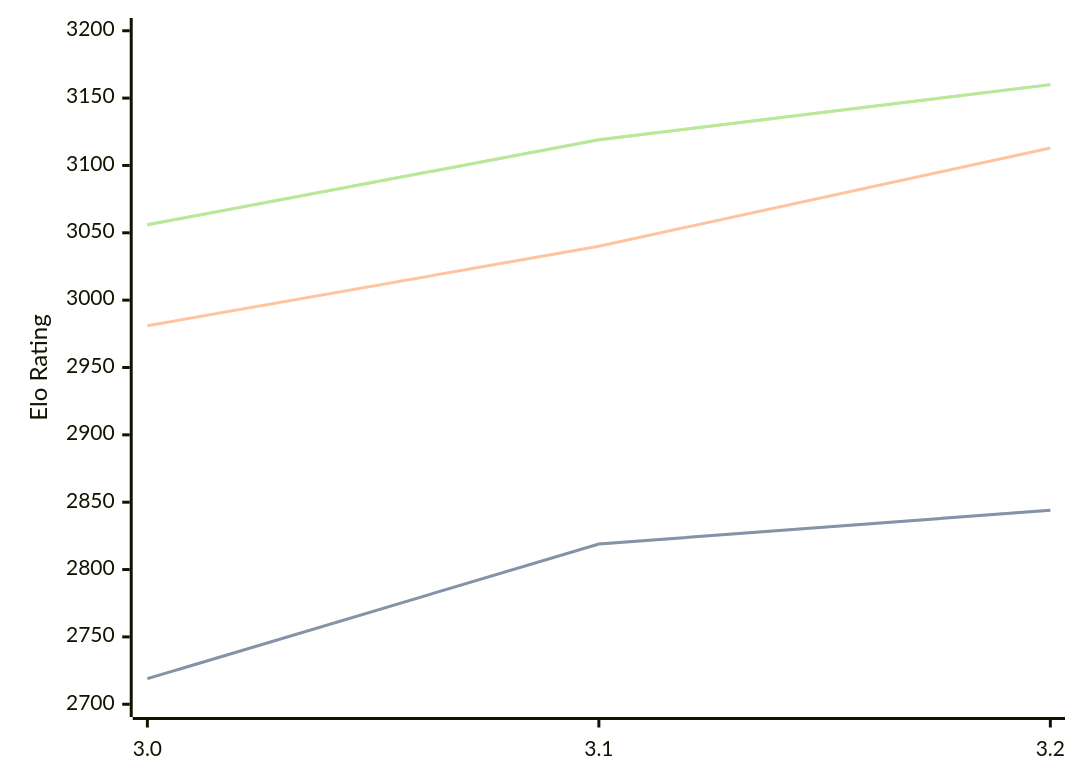
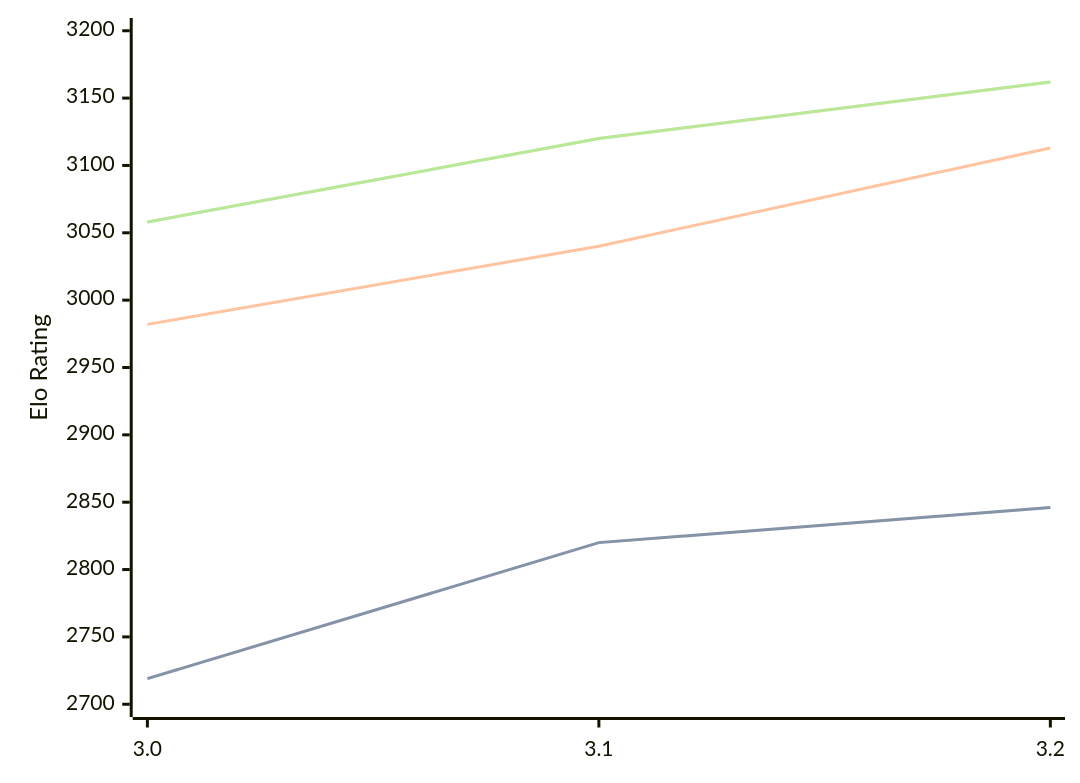
The diagram in engines/Vajolet2.md (computer-chess-index/cci), drawn with Mermaid before and after one commit. The commit also changed other lines of this file, not shown here.

Commit message:
Update CCI Ratings (ELO VLTC) - 2026-07-29

````diff
--- a/engines/Vajolet2.md
+++ b/engines/Vajolet2.md
@@ -41,11 +41,11 @@
 ```mermaid
 %%{init: {"theme":"base","themeVariables":{"seriesColors:['#a3a3a3','#222221','#faa371']}}}%%
 xychart-beta
   x-axis ["3.0", "3.1", "3.2"]
   y-axis "Elo Rating" 2700 --> 3200
-  line "STC (8.0+0.08s)" [2719, 2819, 2844]
-  line "STC (8.0+0.08s)" [2719, 2819, 2844]
-  line "LTC (60.0+0.60s)" [2981, 3040, 3113]
-  line "VLTC (2m24s+1.12s)" [3056, 3119, 3160]
-  line "VLTC (2m24s+1.12s)" [3056, 3119, 3160]
+  line "STC (8.0+0.08s)" [2719, 2820, 2846]
+  line "STC (8.0+0.08s)" [2719, 2820, 2846]
+  line "LTC (60.0+0.60s)" [2982, 3040, 3113]
+  line "VLTC (2m24s+1.12s)" [3058, 3120, 3162]
+  line "VLTC (2m24s+1.12s)" [3058, 3120, 3162]
 ```
````
